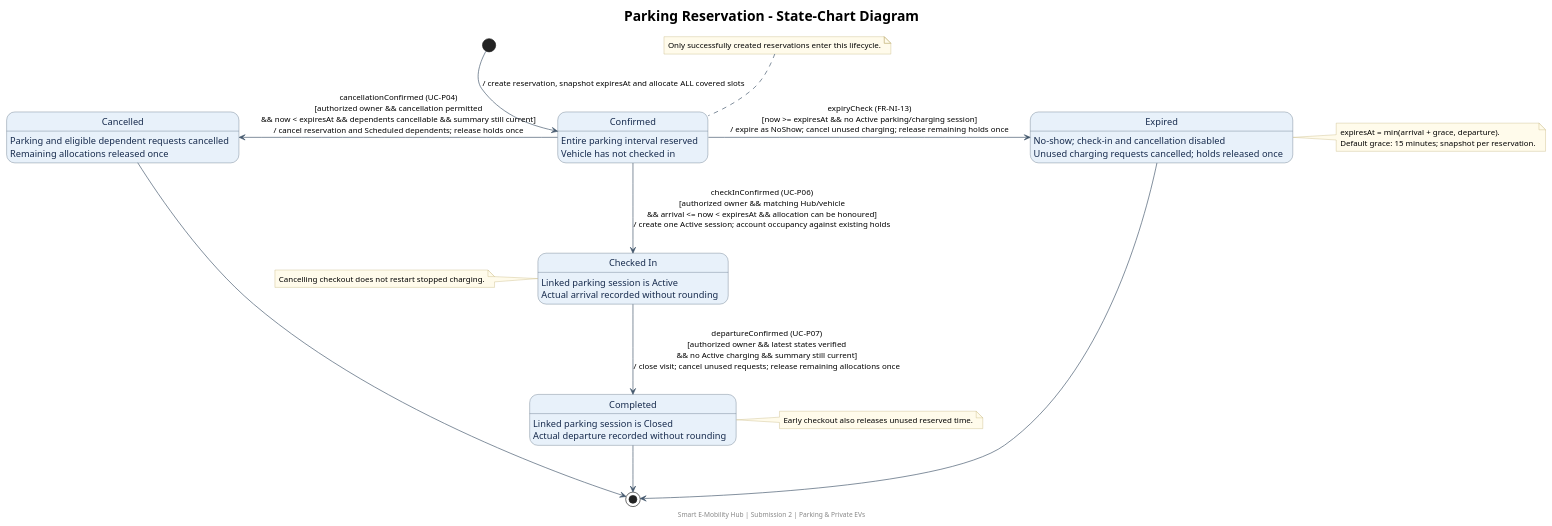
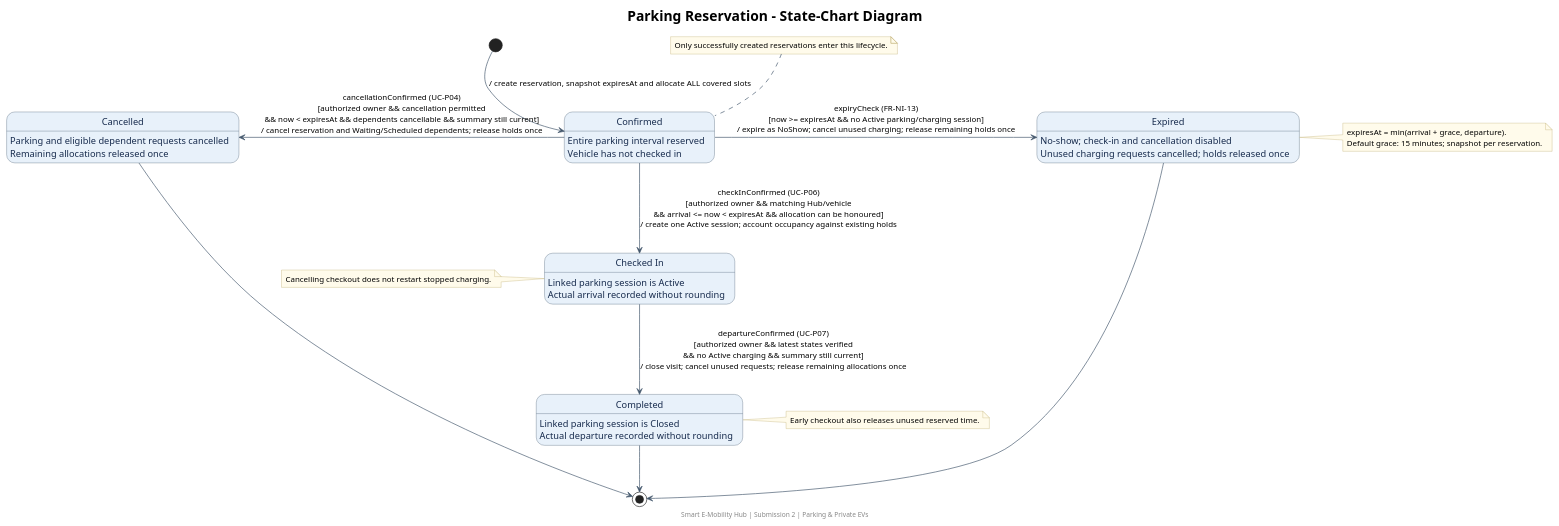
The diagram in docs/submission-2/state-chart-diagrams/parking-private-ev/SC_ParkingReservation.puml (thanhpham1108/smart-e-mobility-hub), drawn with PlantUML before and after one commit. The commit also changed 55 other files, not shown here.

Commit message:
docs(submission-2): align charging diagrams and UI with FCFS waitlist

```diff
--- a/docs/submission-2/state-chart-diagrams/parking-private-ev/SC_ParkingReservation.puml
+++ b/docs/submission-2/state-chart-diagrams/parking-private-ev/SC_ParkingReservation.puml
@@ -1,67 +1,67 @@
 @startuml
 skinparam backgroundColor #FFFFFF
 skinparam shadowing false
 skinparam defaultFontName SansSerif
 skinparam defaultFontSize 14
 skinparam titleFontSize 21
 skinparam ArrowColor #42566B
 skinparam ArrowFontSize 12
 skinparam nodesep 65
 skinparam ranksep 70
 skinparam state {
   BackgroundColor #E8F1FA
   BorderColor #42566B
   FontColor #172B4D
   StartColor #253E55
   EndColor #253E55
 }
 skinparam note {
   BackgroundColor #FFFBEB
   BorderColor #BBA86A
   FontSize 12
 }
 title Parking Reservation - State-Chart Diagram
 
 state "Confirmed" as Confirmed
 Confirmed : Entire parking interval reserved
 Confirmed : Vehicle has not checked in
 state "Checked In" as CheckedIn
 CheckedIn : Linked parking session is Active
 CheckedIn : Actual arrival recorded without rounding
 state "Completed" as Completed
 Completed : Linked parking session is Closed
 Completed : Actual departure recorded without rounding
 state "Cancelled" as Cancelled
 Cancelled : Parking and eligible dependent requests cancelled
 Cancelled : Remaining allocations released once
 state "Expired" as Expired
 Expired : No-show; check-in and cancellation disabled
 Expired : Unused charging requests cancelled; holds released once
 
 [*] --> Confirmed : / create reservation, snapshot expiresAt and allocate ALL covered slots
 note top of Confirmed
   Only successfully created reservations enter this lifecycle.
 end note
 
 Confirmed -down-> CheckedIn : checkInConfirmed (UC-P06)\n[authorized owner && matching Hub/vehicle\n&& arrival <= now < expiresAt && allocation can be honoured]\n/ create one Active session; account occupancy against existing holds
-Confirmed -left-> Cancelled : cancellationConfirmed (UC-P04)\n[authorized owner && cancellation permitted\n&& now < expiresAt && dependents cancellable && summary still current]\n/ cancel reservation and Scheduled dependents; release holds once
+Confirmed -left-> Cancelled : cancellationConfirmed (UC-P04)\n[authorized owner && cancellation permitted\n&& now < expiresAt && dependents cancellable && summary still current]\n/ cancel reservation and Waiting/Scheduled dependents; release holds once
 Confirmed -right-> Expired : expiryCheck (FR-NI-13)\n[now >= expiresAt && no Active parking/charging session]\n/ expire as NoShow; cancel unused charging; release remaining holds once
 
 CheckedIn -down-> Completed : departureConfirmed (UC-P07)\n[authorized owner && latest states verified\n&& no Active charging && summary still current]\n/ close visit; cancel unused requests; release remaining allocations once
 note left of CheckedIn
   Cancelling checkout does not restart stopped charging.
 end note
 note right of Expired
   expiresAt = min(arrival + grace, departure).
   Default grace: 15 minutes; snapshot per reservation.
 end note
 note right of Completed
   Early checkout also releases unused reserved time.
 end note
 
 Cancelled --> [*]
 Completed --> [*]
 Expired --> [*]
 
 footer Smart E-Mobility Hub | Submission 2 | Parking & Private EVs
 @enduml
```
